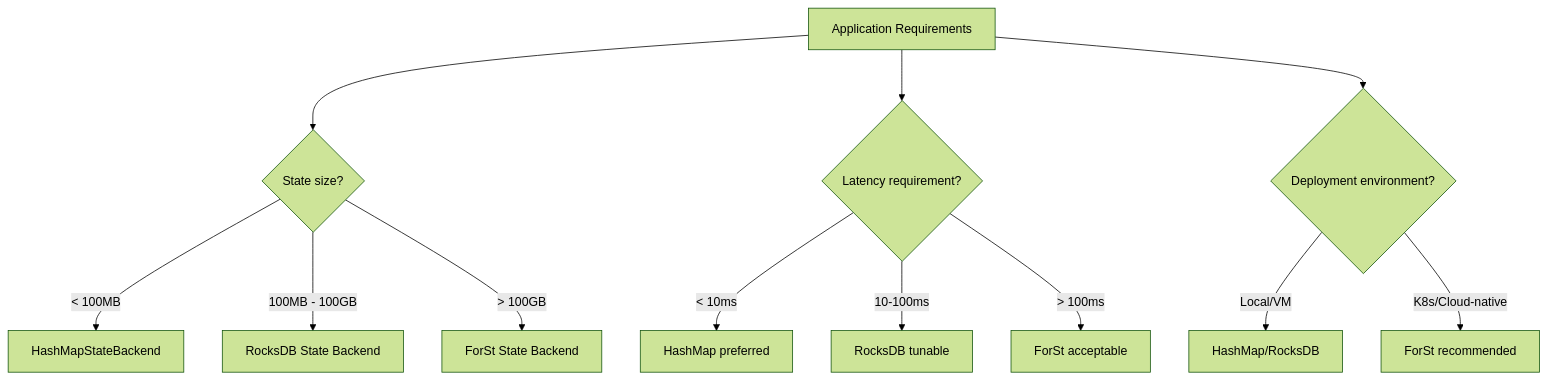
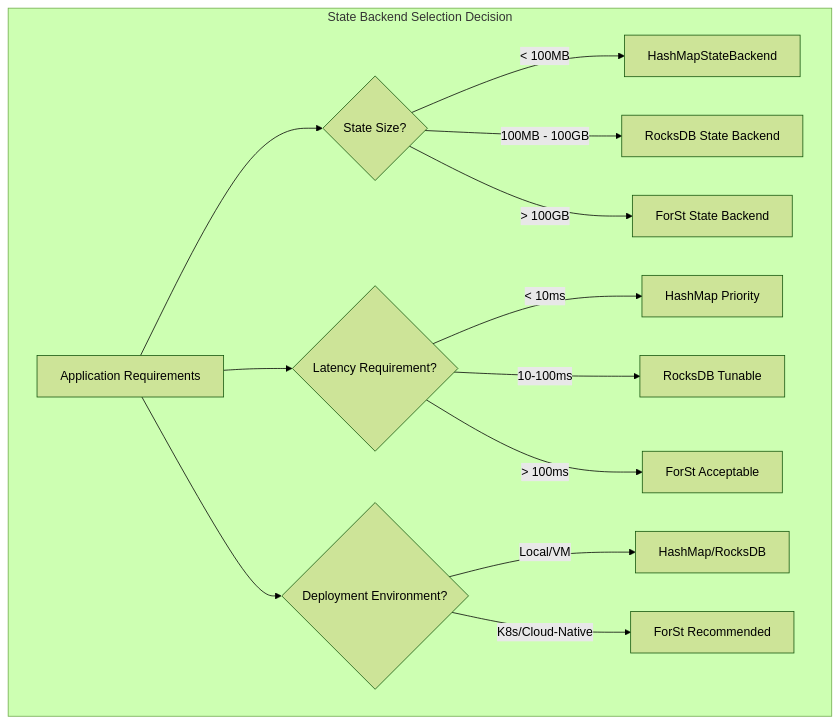
Before and after one commit to AdaMartin18010/AnalysisDataFlow: the first of 8 diagrams in i18n/en/Flink/02-core/flink-state-management-complete-guide-en.md, drawn with Mermaid (forest theme). The commit also changed other lines of this file and 679 other files, not shown here.

````diff
--- a/i18n/en/Flink/02-core/flink-state-management-complete-guide-en.md
+++ b/i18n/en/Flink/02-core/flink-state-management-complete-guide-en.md
@@ -252,16 +326,18 @@
 ```mermaid
 graph TB
-    A[Application Requirements] --> B{State size?}
-    B -->|< 100MB| C[HashMapStateBackend]
-    B -->|100MB - 100GB| D[RocksDB State Backend]
-    B -->|> 100GB| E[ForSt State Backend]
+    subgraph "State Backend Selection Decision"
+        A[Application Requirements] --> B{State Size?}
+        B -->|< 100MB| C[HashMapStateBackend]
+        B -->|100MB - 100GB| D[RocksDB State Backend]
+        B -->|> 100GB| E[ForSt State Backend]
 
-    A --> F{Latency requirement?}
-    F -->|< 10ms| G[HashMap preferred]
-    F -->|10-100ms| H[RocksDB tunable]
-    F -->|> 100ms| I[ForSt acceptable]
+        A --> F{Latency Requirement?}
+        F -->|< 10ms| G[HashMap Priority]
+        F -->|10-100ms| H[RocksDB Tunable]
+        F -->|> 100ms| I[ForSt Acceptable]
 
-    A --> J{Deployment environment?}
-    J -->|Local/VM| K[HashMap/RocksDB]
-    J -->|K8s/Cloud-native| L[ForSt recommended]
+        A --> J{Deployment Environment?}
+        J -->|Local/VM| K[HashMap/RocksDB]
+        J -->|K8s/Cloud-Native| L[ForSt Recommended]
+    end
 ```
````
